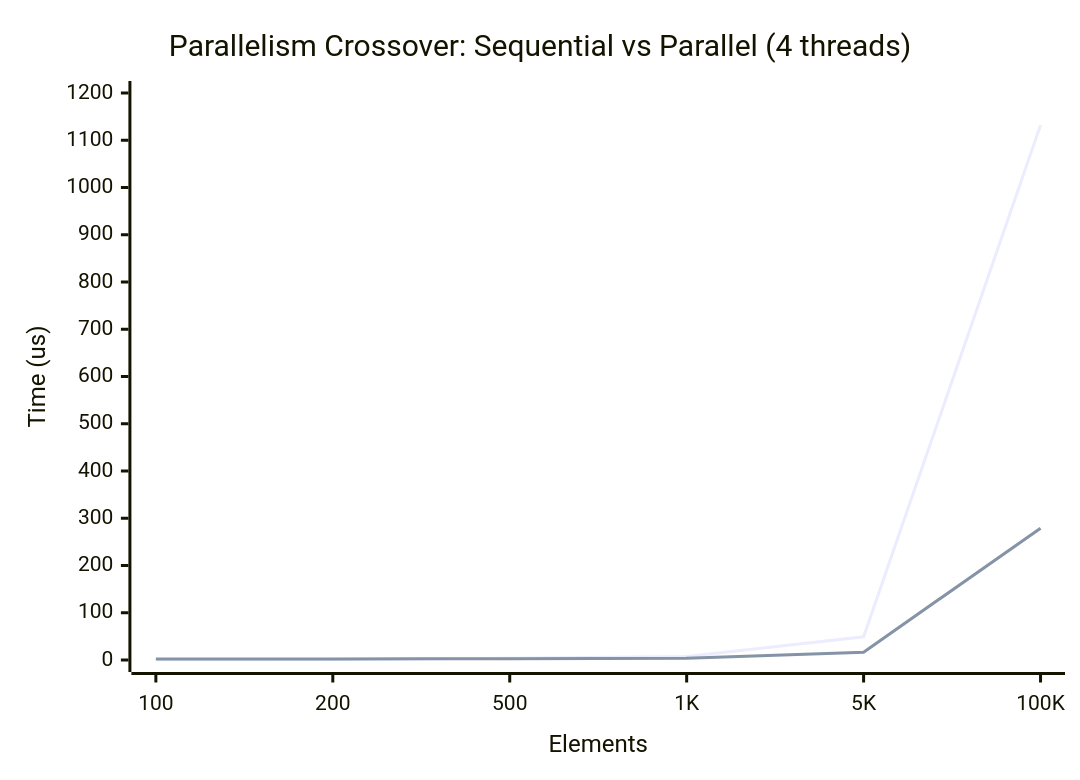
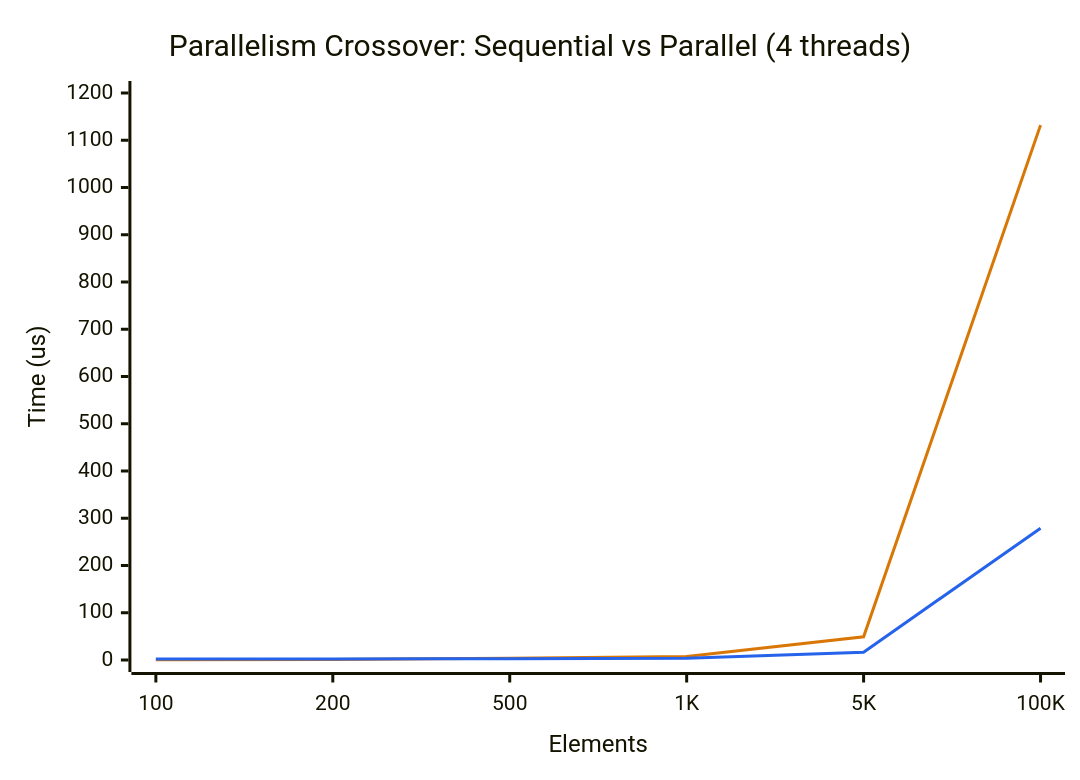
Before and after one commit to jhhuh/ghc-openmp: the fourth of 6 diagrams in docs/index.md, drawn with Mermaid. The commit also changed other lines of this file and 3 other files, not shown here.

First line of the commit message:
Improve chart aesthetics and add local docs preview

```diff
--- a/docs/index.md
+++ b/docs/index.md
@@ -827,8 +829,9 @@
 <pre class="mermaid">
+%%{init: {'theme':'neutral','themeVariables':{'xyChart':{'plotColorPalette':'#d97706,#2563eb'}}}}%%
 xychart-beta
   title "Parallelism Crossover: Sequential vs Parallel (4 threads)"
   x-axis "Elements" ["100", "200", "500", "1K", "5K", "100K"]
   y-axis "Time (us)" 0 --> 1200
   line "Sequential C (unsafe FFI)" [0.5, 1.3, 3.6, 7.5, 49.0, 1132]
   line "Parallel OpenMP (safe FFI)" [2.1, 2.2, 2.9, 3.9, 16.6, 279]
 </pre>
```
